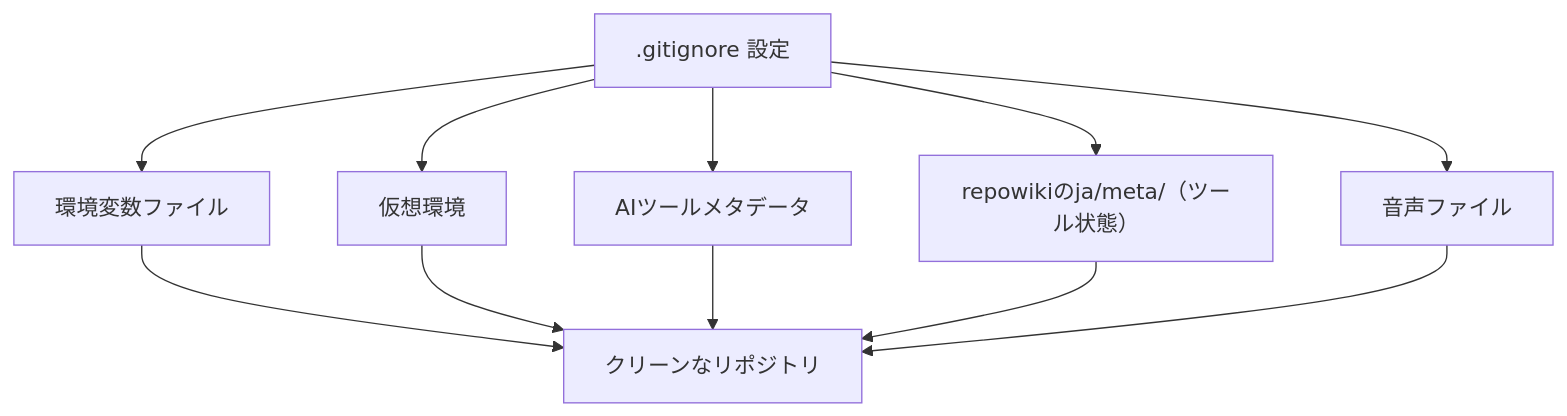
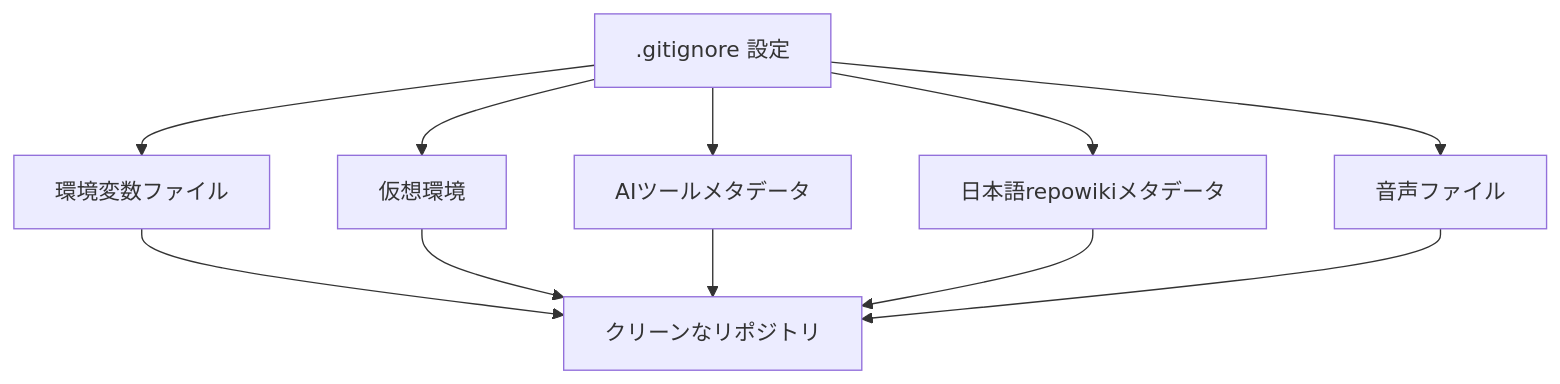
Before and after one commit to RazWeb3/sokqa-studio: the fifth of 13 diagrams in .qoder/repowiki/ja/content/デプロイ・CI（Cloud Run _ GitHub Actions）とテスト戦略.md, drawn with Mermaid. The commit also changed other lines of this file and 1 other file, not shown here.

````diff
--- a/.qoder/repowiki/ja/content/デプロイ・CI（Cloud Run _ GitHub Actions）とテスト戦略.md
+++ b/.qoder/repowiki/ja/content/デプロイ・CI（Cloud Run _ GitHub Actions）とテスト戦略.md
@@ -152,13 +161,13 @@
 ```mermaid
 flowchart TD
 GitIgnore[".gitignore 設定"] --> Exclude1["環境変数ファイル"]
 GitIgnore --> Exclude2["仮想環境"]
 GitIgnore --> Exclude3["AIツールメタデータ"]
-GitIgnore --> Exclude4["repowikiのja/meta/（ツール状態）"]
+GitIgnore --> Exclude4["日本語repowikiメタデータ"]
 GitIgnore --> Exclude5["音声ファイル"]
 Exclude1 --> CleanRepo["クリーンなリポジトリ"]
 Exclude2 --> CleanRepo
 Exclude3 --> CleanRepo
 Exclude4 --> CleanRepo
 Exclude5 --> CleanRepo
 ```
````
